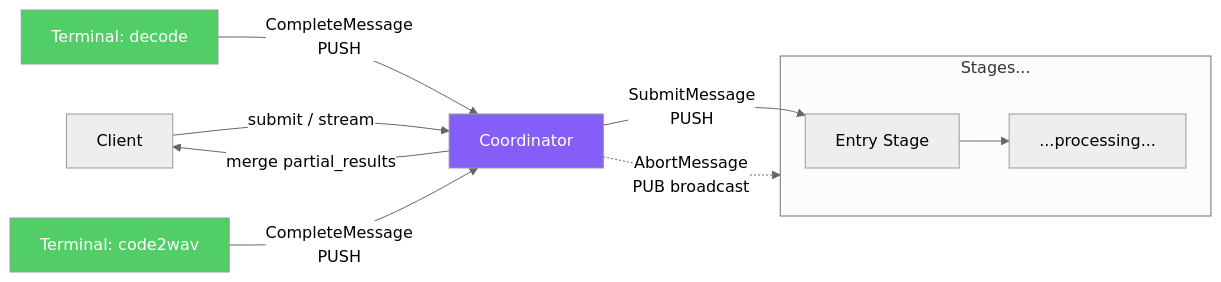
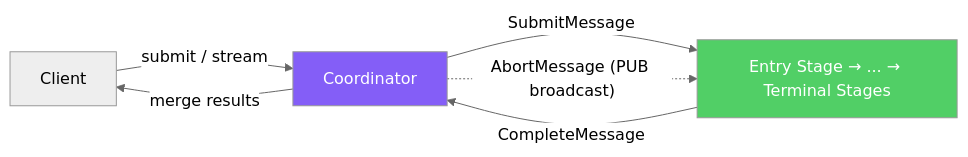
One commit to zhaochenyang20/Awesome-ML-SYS-Tutorial changed diagram 14 of 33 in sglang/sglang-omni/README.md. Above: the diagram before and after it, drawn with Mermaid (neutral theme). The commit also changed other lines of this file, not shown here.

First line of the commit message:
style: flatten all diagrams to avoid subgraph overlap issues

````diff
--- a/sglang/sglang-omni/README.md
+++ b/sglang/sglang-omni/README.md
@@ -589,19 +536,11 @@
 ```mermaid
 graph LR
-    Client["Client"] --> |submit / stream| CO["Coordinator"]
-    CO --> |SubmitMessage<br/>PUSH| Entry["Entry Stage"]
-
-    subgraph Stages["Stages..."]
-        Entry --> S["...processing..."]
-    end
-
-    Terminal1["Terminal: decode"] --> |CompleteMessage<br/>PUSH| CO
-    Terminal2["Terminal: code2wav"] --> |CompleteMessage<br/>PUSH| CO
-    CO --> |"merge partial_results"| Client
-
-    CO -. "AbortMessage<br/>PUB broadcast" .-> Stages
+    Client["Client"] --> |"submit / stream"| CO["Coordinator"]
+    CO --> |"SubmitMessage"| Entry["Entry Stage → ... → Terminal Stages"]
+    Entry --> |"CompleteMessage"| CO
+    CO --> |"merge results"| Client
+    CO -. "AbortMessage (PUB broadcast)" .-> Entry
 
     style CO fill:#845ef7,color:#fff
-    style Terminal1 fill:#51cf66,color:#fff
-    style Terminal2 fill:#51cf66,color:#fff
+    style Entry fill:#51cf66,color:#fff
 ```
````
